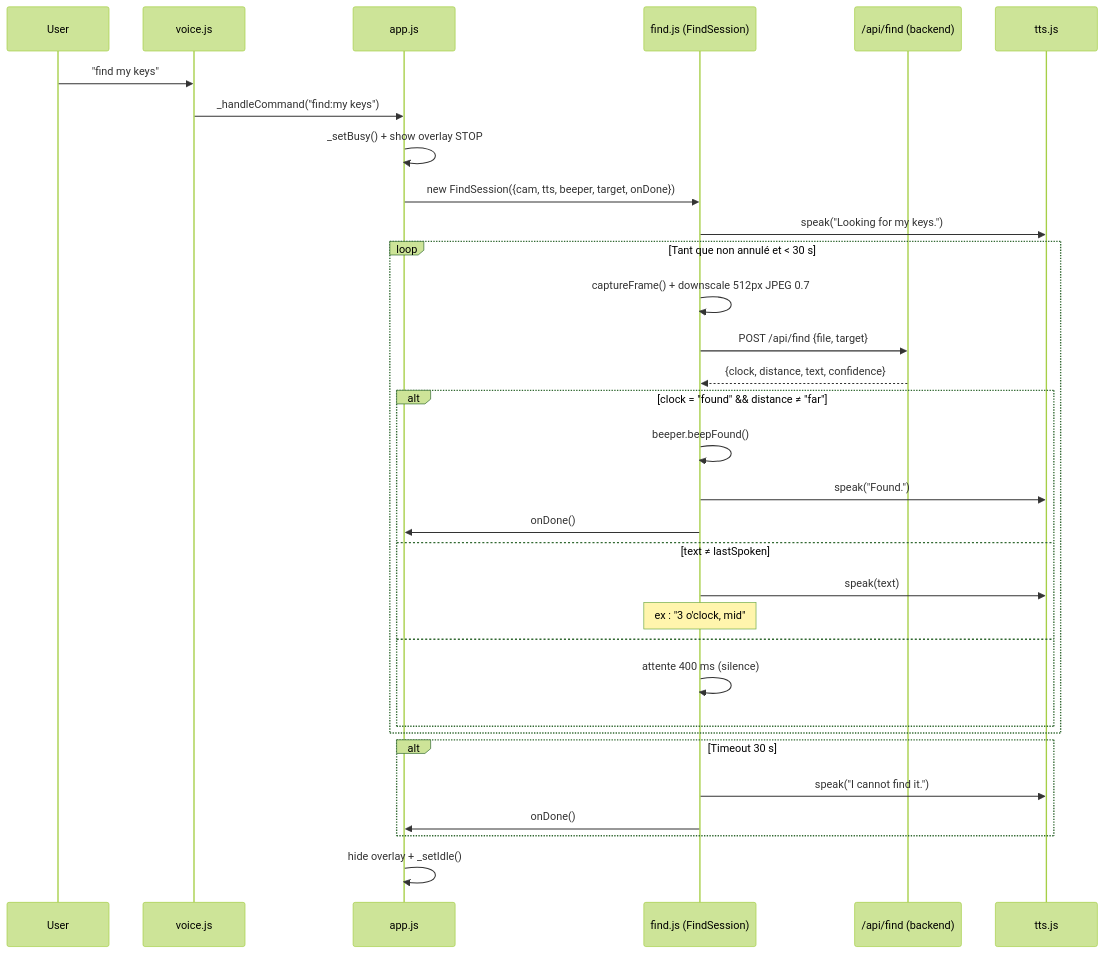
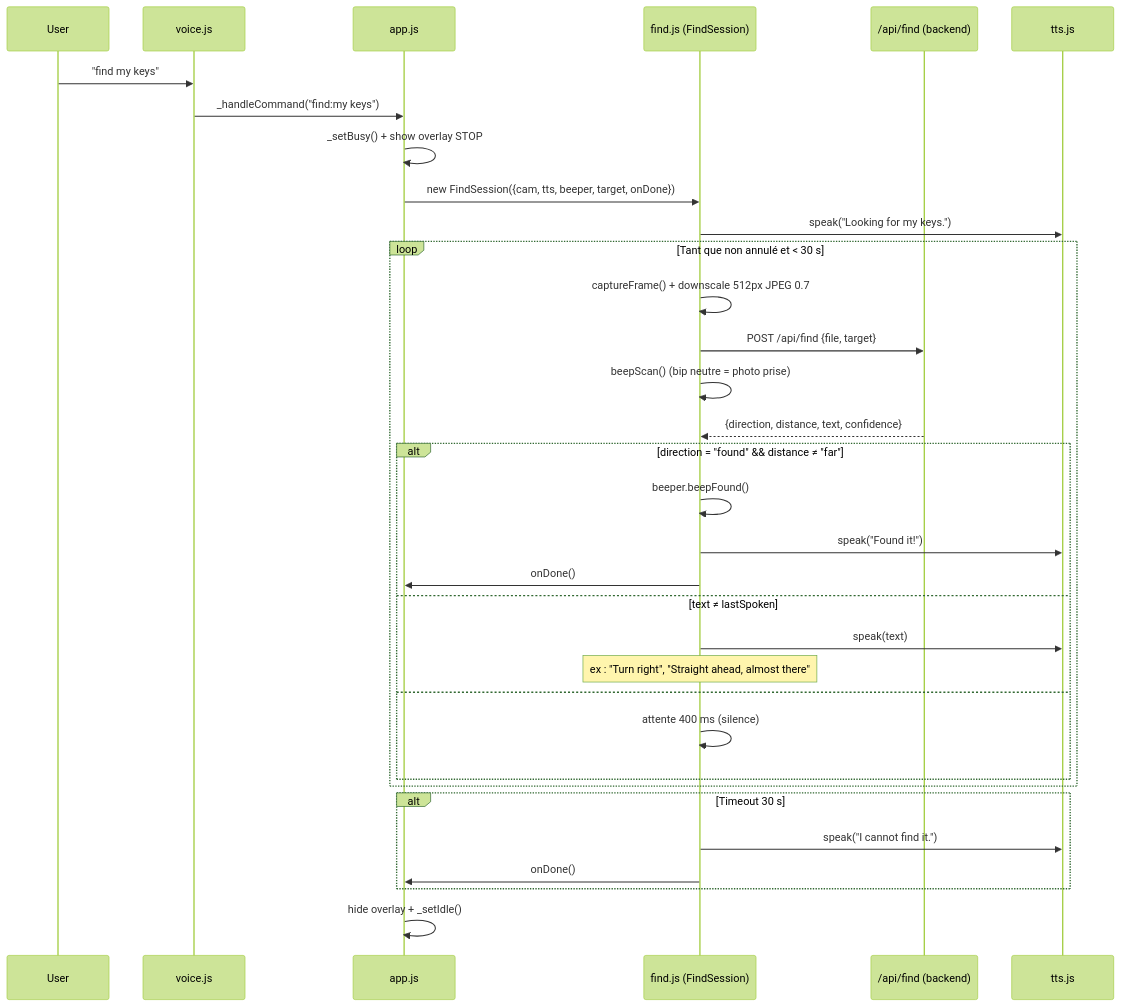
The diagram in Docs/V4/architecture_V4.md (camemino/AEyes), drawn with Mermaid (forest theme) before and after one commit. The commit also changed other lines of this file and 7 other files, not shown here.

````diff
--- a/Docs/V4/architecture_V4.md
+++ b/Docs/V4/architecture_V4.md
@@ -72,38 +74,39 @@
 ```mermaid
 sequenceDiagram
     participant User
     participant Voice as voice.js
     participant App as app.js
     participant Find as find.js (FindSession)
     participant API as /api/find (backend)
     participant TTS as tts.js
 
     User->>Voice: "find my keys"
     Voice->>App: _handleCommand("find:my keys")
     App->>App: _setBusy() + show overlay STOP
     App->>Find: new FindSession({cam, tts, beeper, target, onDone})
     Find->>TTS: speak("Looking for my keys.")
 
     loop Tant que non annulé et < 30 s
         Find->>Find: captureFrame() + downscale 512px JPEG 0.7
         Find->>API: POST /api/find {file, target}
-        API-->>Find: {clock, distance, text, confidence}
-        alt clock = "found" && distance ≠ "far"
+        Find->>Find: beepScan() (bip neutre = photo prise)
+        API-->>Find: {direction, distance, text, confidence}
+        alt direction = "found" && distance ≠ "far"
             Find->>Find: beeper.beepFound()
-            Find->>TTS: speak("Found.")
+            Find->>TTS: speak("Found it!")
             Find->>App: onDone()
         else text ≠ lastSpoken
             Find->>TTS: speak(text)
-            Note over Find: ex : "3 o'clock, mid"
+            Note over Find: ex : "Turn right", "Straight ahead, almost there"
         else
             Find->>Find: attente 400 ms (silence)
         end
     end
 
     alt Timeout 30 s
         Find->>TTS: speak("I cannot find it.")
         Find->>App: onDone()
     end
 
     App->>App: hide overlay + _setIdle()
 ```
````
